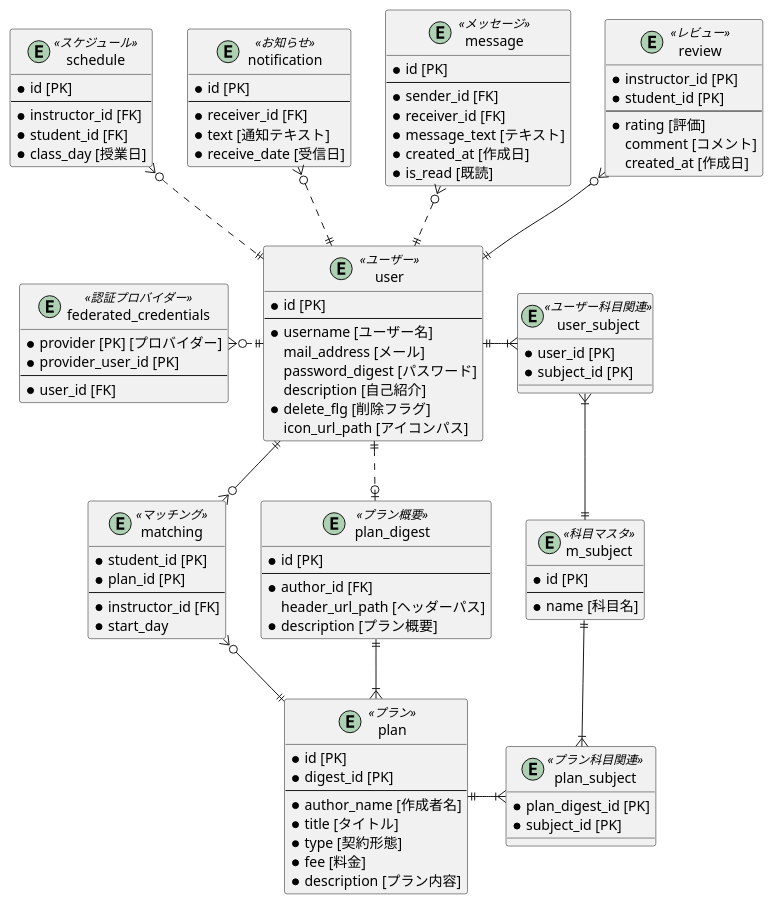
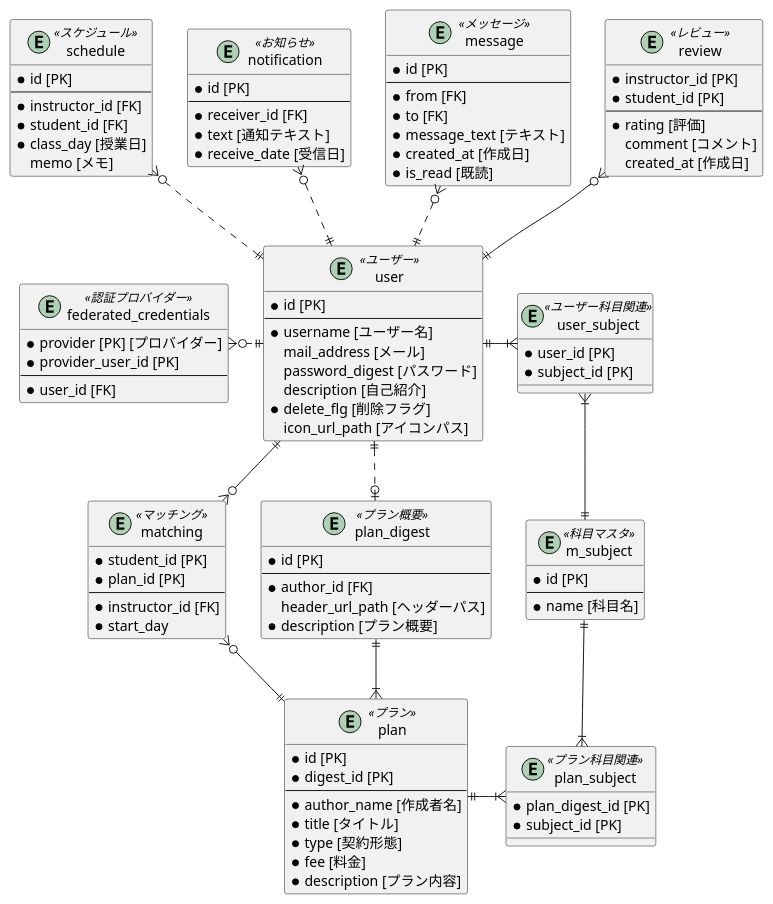
One commit to koumei11/stulab changed the diagram in materials/stulab.pu. Above: the diagram before and after it, drawn with PlantUML. The commit also changed 1 other file, not shown here.

Commit message:
Create diagram

```diff
--- a/materials/stulab.pu
+++ b/materials/stulab.pu
@@ -1,114 +1,115 @@
 @startuml
 
 entity user<<ユーザー>> {
   * id [PK]
   --
   * username [ユーザー名]
   mail_address [メール]
   password_digest [パスワード]
   description [自己紹介]
   * delete_flg [削除フラグ]
   icon_url_path [アイコンパス]
 }
 
 entity federated_credentials<<認証プロバイダー>> {
   * provider [PK] [プロバイダー]
   * provider_user_id [PK]
   --
   * user_id [FK]
 }
 
 entity m_subject<<科目マスタ>> {
   * id [PK]
   --
   * name [科目名]
 }
 
 entity plan_digest<<プラン概要>> {
   * id [PK]
   --
   * author_id [FK]
   header_url_path [ヘッダーパス]
   * description [プラン概要]
 }
 
 entity plan<<プラン>> {
   * id [PK]
   * digest_id [PK]
   --
   * author_name [作成者名]
   * title [タイトル]
   * type [契約形態]
   * fee [料金]
   * description [プラン内容]
 }
 
 entity user_subject<<ユーザー科目関連>> {
   * user_id [PK]
   * subject_id [PK]
 }
 
 entity plan_subject<<プラン科目関連>> {
   * plan_digest_id [PK] 
   * subject_id [PK]
 }
 
 entity review<<レビュー>> {
   * instructor_id [PK]
   * student_id [PK]
   --
   * rating [評価]
   comment [コメント]
   created_at [作成日]
 }
 
 entity matching<<マッチング>> {
   * student_id [PK]
   * plan_id [PK]
   --
   * instructor_id [FK]
   * start_day
 }
 
 entity message<<メッセージ>> {
   * id [PK]
   --
-  * sender_id [FK]
-  * receiver_id [FK]
+  * from [FK]
+  * to [FK]
   * message_text [テキスト]
   * created_at [作成日]
   * is_read [既読]
 }
 
 entity notification<<お知らせ>> {
   * id [PK]
   --
   * receiver_id [FK]
   * text [通知テキスト]
   * receive_date [受信日]
 }
 
 entity schedule<<スケジュール>> {
   * id [PK]
   --
   * instructor_id [FK]
   * student_id [FK]
   * class_day [授業日]
+  memo [メモ]
 }
 
 user ||.l.o{ federated_credentials
 user ||..o| plan_digest
 plan_digest ||--|{ plan
 user ||-r-|{ user_subject
 m_subject ||-u-|{ user_subject
 plan ||-r-|{ plan_subject
 m_subject ||--|{ plan_subject
 user ||-u-o{ review
 user ||--o{ matching
 plan ||-u-o{ matching
 user ||.u.o{ message
 user ||.u.o{ notification
 user ||.u.o{ schedule
 
 
 @enduml
```
